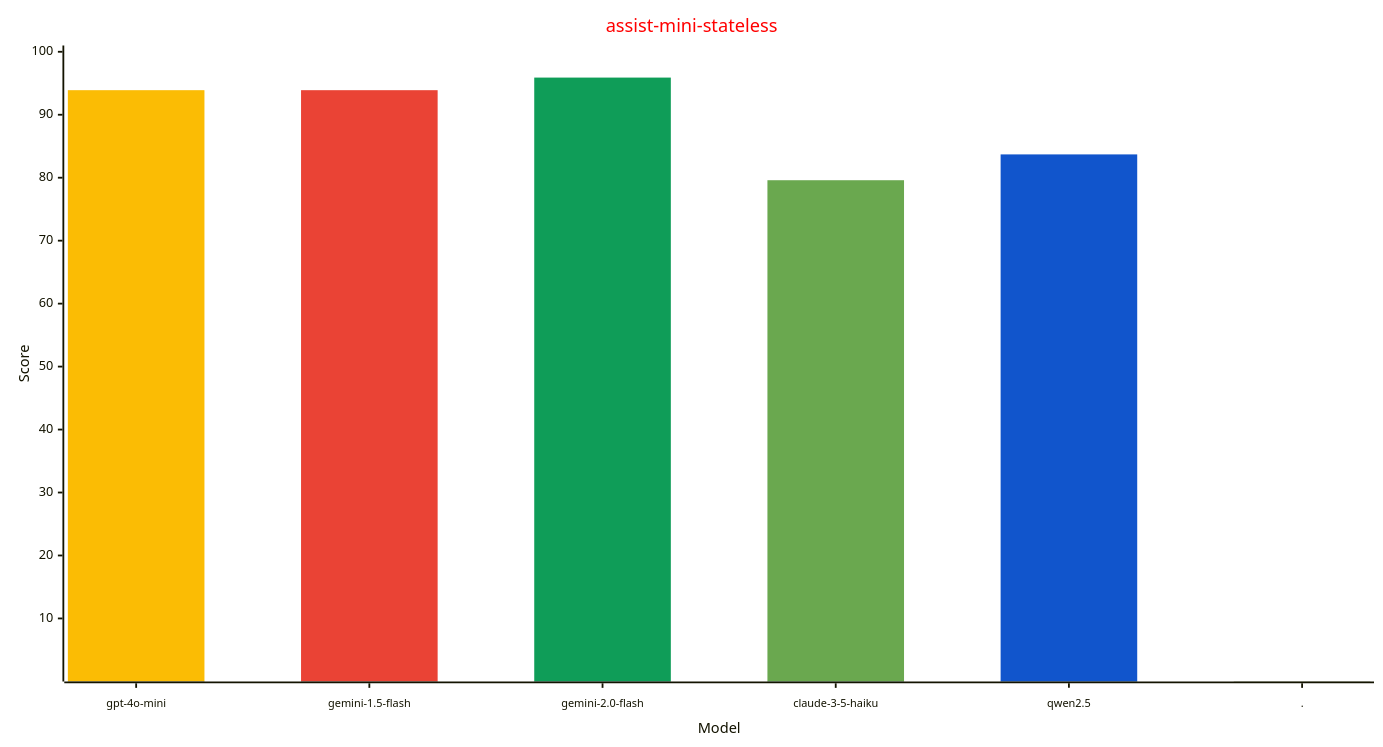
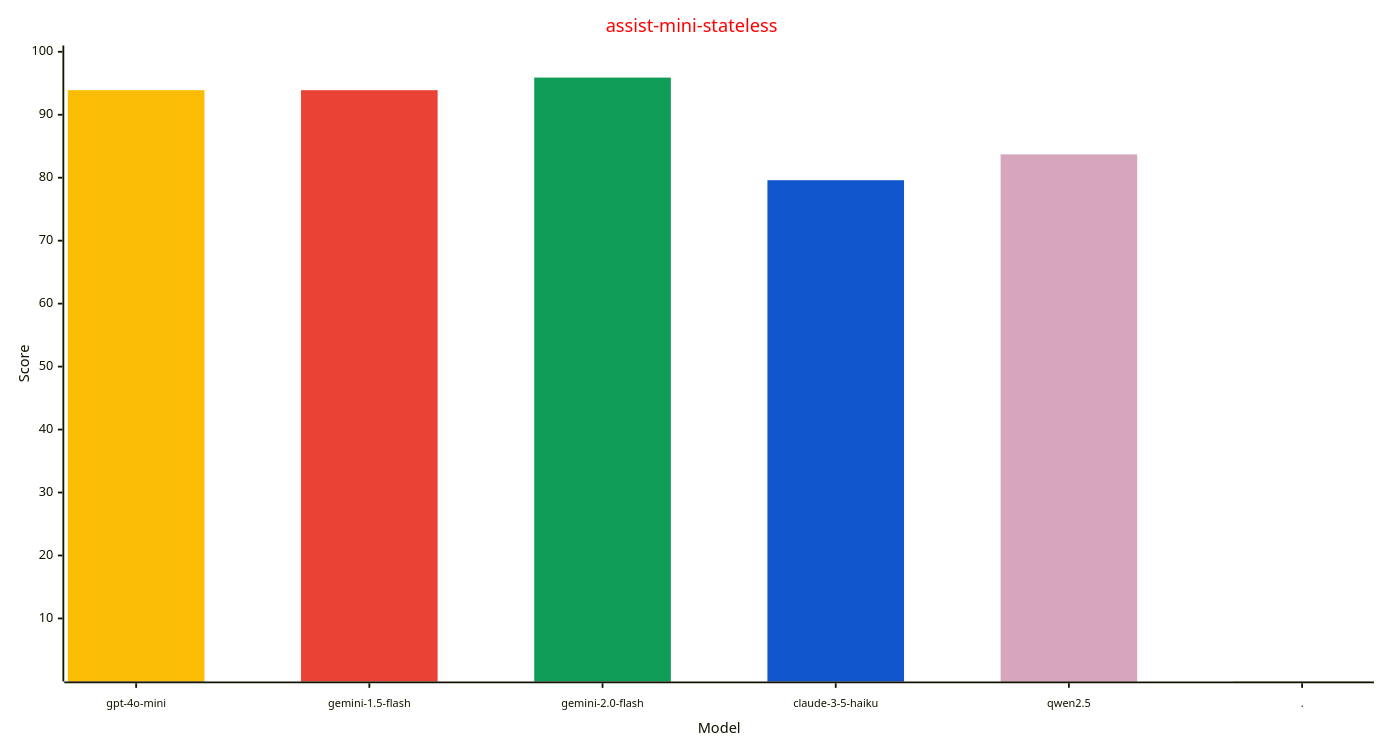
Before and after one commit to allenporter/home-assistant-datasets: the second of 3 diagrams in reports/README.md, drawn with Mermaid. The commit also changed other lines of this file and 100 other files, not shown here.

````diff
--- a/reports/README.md
+++ b/reports/README.md
@@ -104,26 +106,26 @@
 ```mermaid
 ---
 config:
     xyChart:
         width: 1500
         height: 800
         xAxis:
           labelFontSize: 12
           labelPadding: 8
     themeVariables:
         xyChart:
             titleColor: "#ff0000"
-            plotColorPalette: "#fbbc04, #ea4335, #0f9d58, #6aa84f, #1155cc, #4285f4"
+            plotColorPalette: "#fbbc04, #ea4335, #0f9d58, #1155cc, #d5a6bd, #4285f4"
 
 ---
 xychart-beta
   title "assist-mini-stateless"
   x-axis "Model" [gpt-4o-mini, gemini-1.5-flash, gemini-2.0-flash, claude-3-5-haiku, qwen2.5, .]
   y-axis "Score" 1 --> 100
   bar [93.9, 0.0, 0.0, 0.0, 0.0, 0.0]
   bar [0.0, 93.9, 0.0, 0.0, 0.0, 0.0]
   bar [0.0, 0.0, 95.9, 0.0, 0.0, 0.0]
   bar [0.0, 0.0, 0.0, 79.6, 0.0, 0.0]
   bar [0.0, 0.0, 0.0, 0.0, 83.7, 0.0]
   bar [0.0, 0.0, 0.0, 0.0, 0.0, -1.0]
 ```
````
